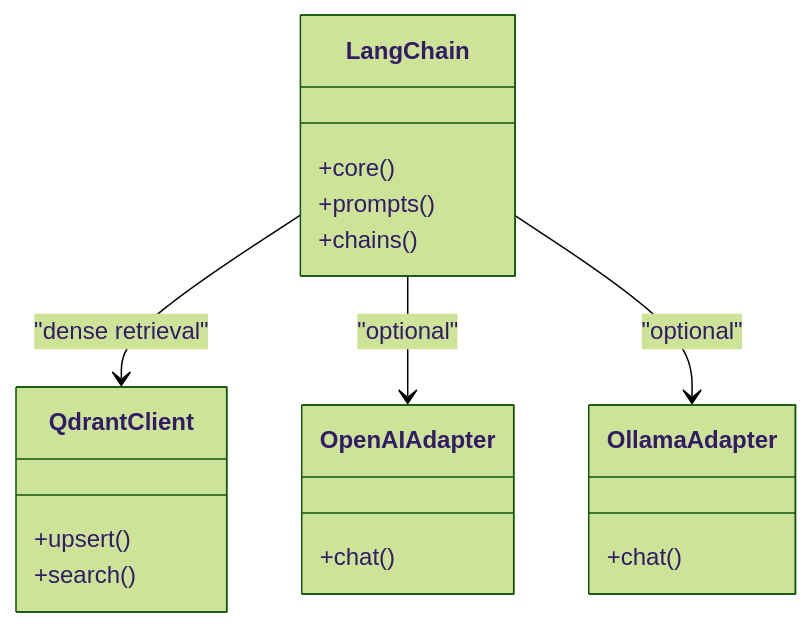
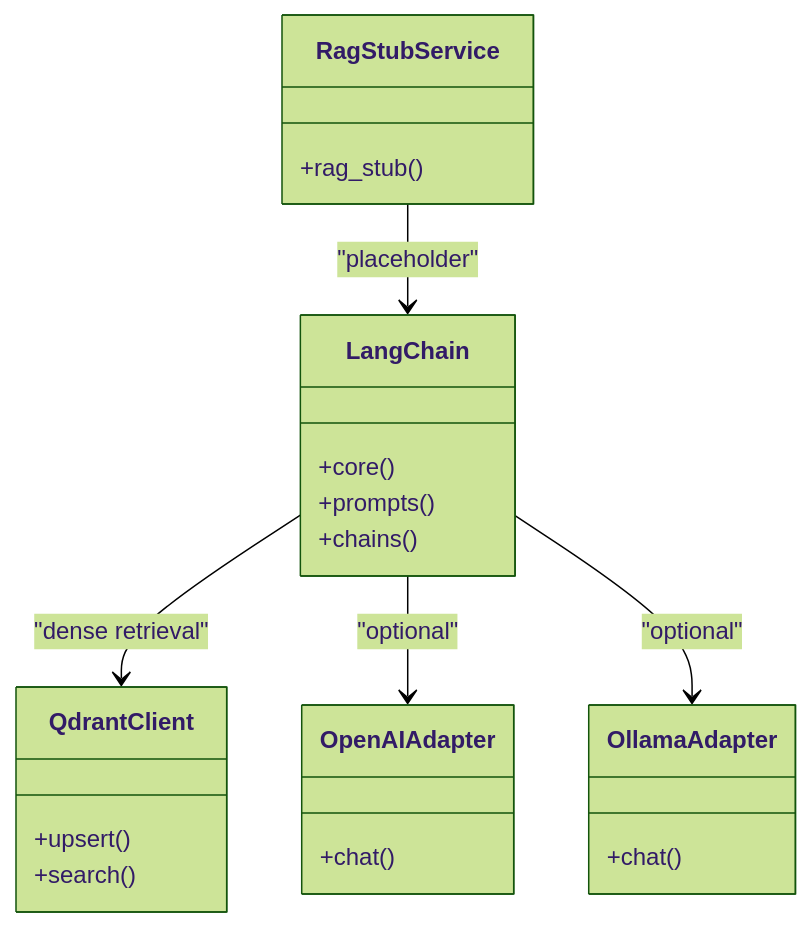
Before and after one commit to ognelis/cafetera_hr_bot: the seventh of 12 diagrams in .qoder/repowiki/en/content/RAG Integration.md, drawn with Mermaid (forest theme). The commit also changed other lines of this file and 15 other files, not shown here.

````diff
--- a/.qoder/repowiki/en/content/RAG Integration.md
+++ b/.qoder/repowiki/en/content/RAG Integration.md
@@ -259,21 +343,25 @@
 ```mermaid
 classDiagram
 class LangChain {
 +core()
 +prompts()
 +chains()
 }
 class QdrantClient {
 +upsert()
 +search()
 }
 class OpenAIAdapter {
 +chat()
 }
 class OllamaAdapter {
 +chat()
 }
+class RagStubService {
++rag_stub()
+}
 LangChain --> QdrantClient : "dense retrieval"
 LangChain --> OpenAIAdapter : "optional"
 LangChain --> OllamaAdapter : "optional"
+RagStubService --> LangChain : "placeholder"
 ```
````
